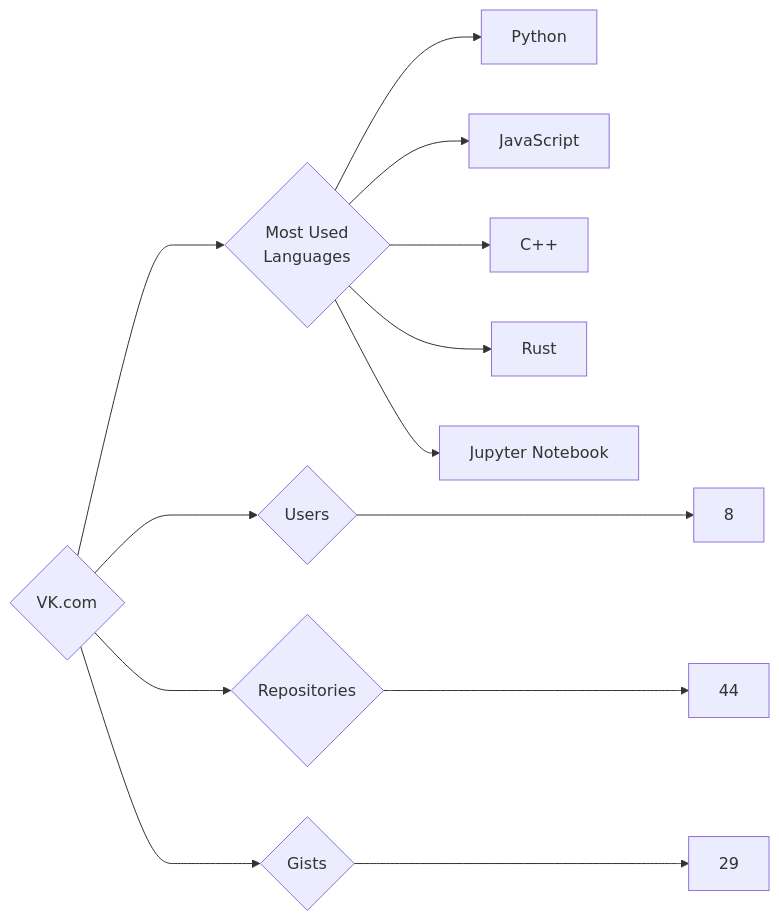
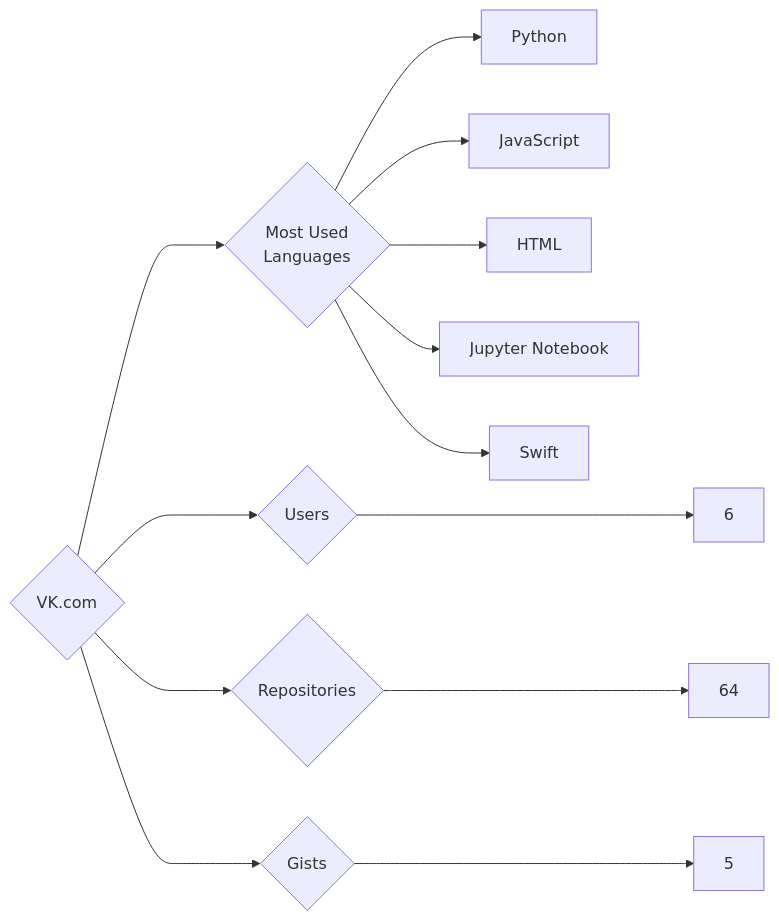
Before and after one commit to trickest/insiders: the diagram in targets/VK.com/README.md, drawn with Mermaid. The commit also changed 799 other files, not shown here.

````diff
--- a/targets/VK.com/README.md
+++ b/targets/VK.com/README.md
@@ -3,13 +3,13 @@
 ```mermaid
 graph LR
 COMPANY_NAME{VK.com}
-COMPANY_NAME ---> U{Users} ---> UN[8]
-COMPANY_NAME ---> R{Repositories} ---> RN[44]
-COMPANY_NAME ---> G{Gists} ---> GN[29]
+COMPANY_NAME ---> U{Users} ---> UN[6]
+COMPANY_NAME ---> R{Repositories} ---> RN[64]
+COMPANY_NAME ---> G{Gists} ---> GN[5]
 COMPANY_NAME ---> ML{Most Used<br>Languages}
 ML --> Python[Python]
 ML --> JavaScript[JavaScript]
-ML --> C++[C++]
-ML --> Rust[Rust]
+ML --> HTML[HTML]
 ML --> Jupyter_Notebook[Jupyter Notebook]
+ML --> Swift[Swift]
 ```
````
